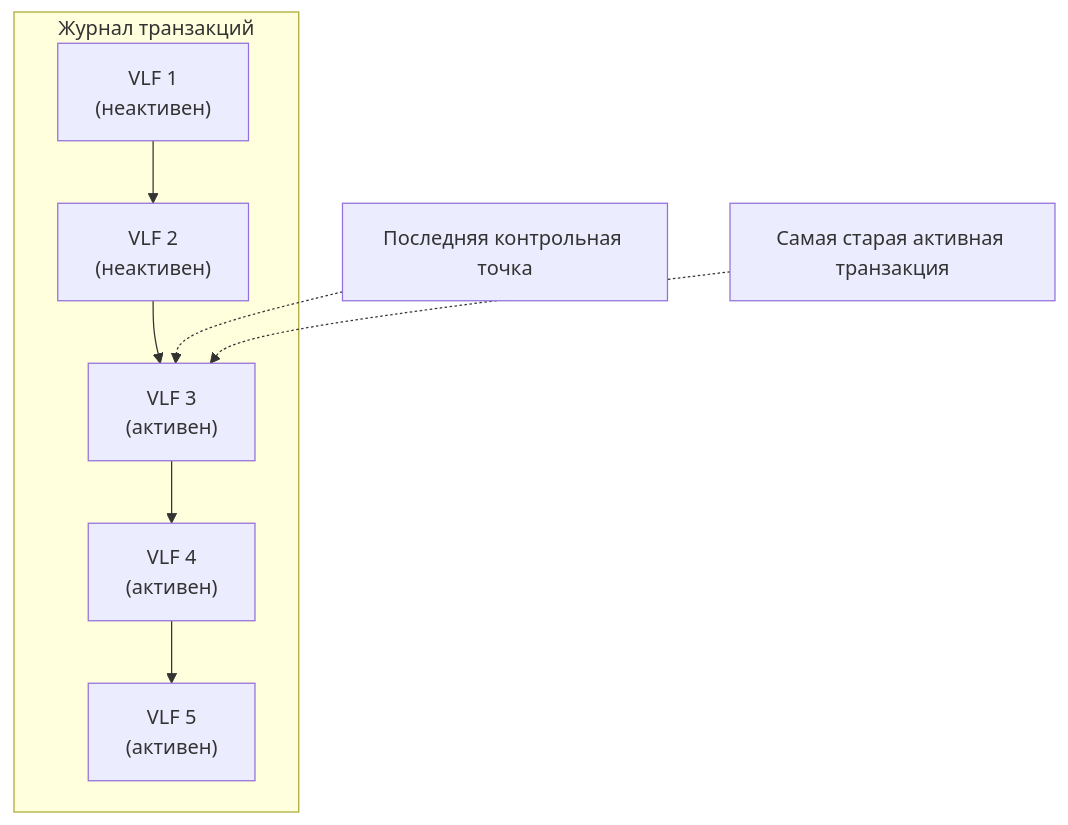
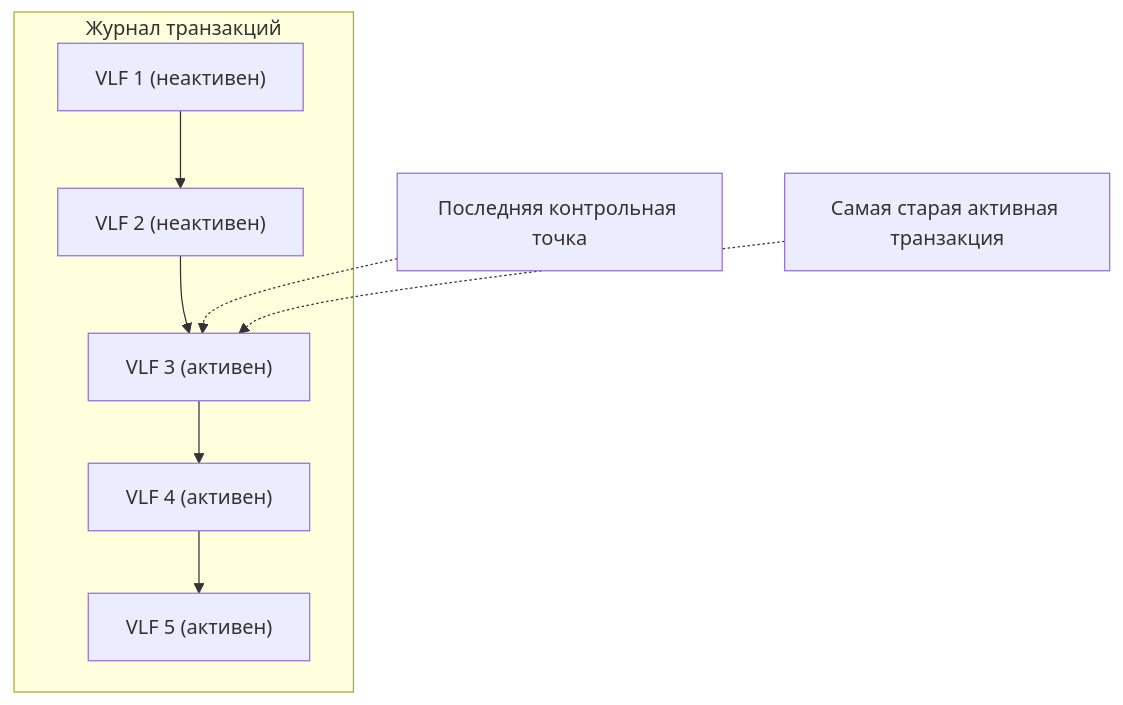
One commit to RuslanRinatovich/MDK_0701 changed the second of 4 diagrams in LESSONS/LESSON17.MD. Above: the diagram before and after it, drawn with Mermaid.

````diff
--- a/LESSONS/LESSON17.MD
+++ b/LESSONS/LESSON17.MD
@@ -71,11 +71,11 @@
 ```mermaid
 graph TD
     subgraph "Журнал транзакций"
-        A["VLF 1\n(неактивен)"] --> B["VLF 2\n(неактивен)"]
-        B --> C["VLF 3\n(активен)"]
-        C --> D["VLF 4\n(активен)"]
-        D --> E["VLF 5\n(активен)"]
+        A["VLF 1 (неактивен)"] --> B["VLF 2 (неактивен)"]
+        B --> C["VLF 3 (активен)"]
+        C --> D["VLF 4 (активен)"]
+        D --> E["VLF 5 (активен)"]
     end
     F["Последняя контрольная точка"] -.-> C
     G["Самая старая активная транзакция"] -.-> C
 ```
````
